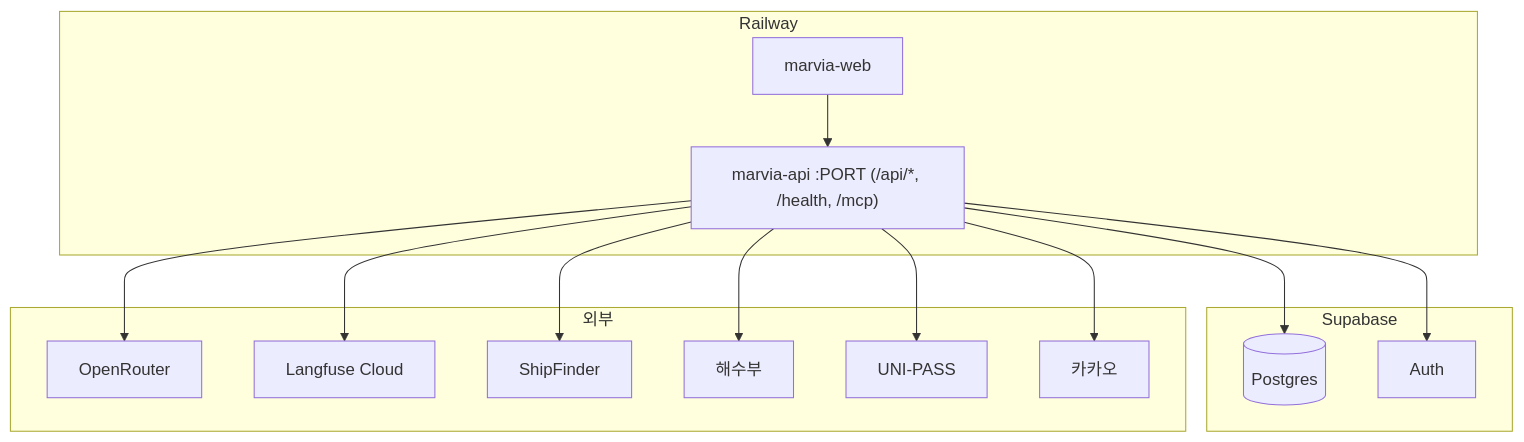
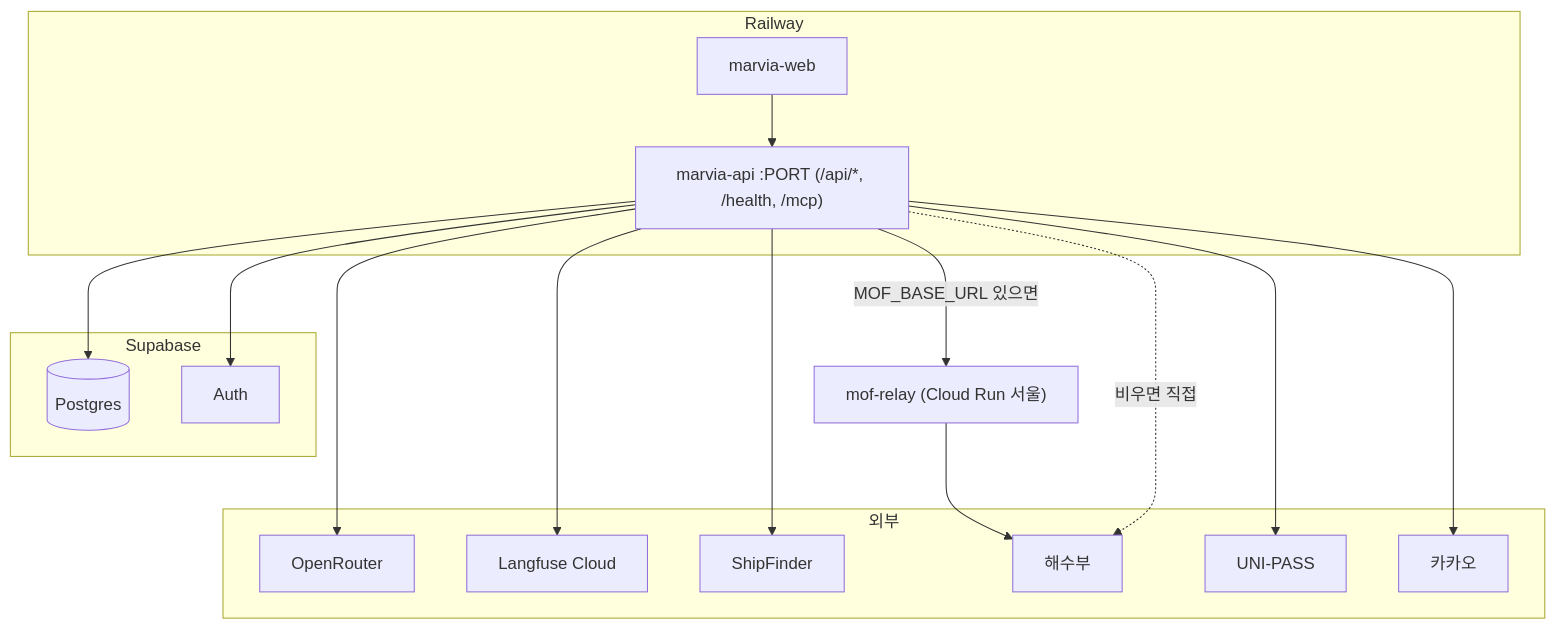
The second of 3 diagrams in docs/Marvia_SDD.md (HJU5022/Marvia), drawn with Mermaid before and after one commit. The commit also changed other lines of this file and 4 other files, not shown here.

````diff
--- a/docs/Marvia_SDD.md
+++ b/docs/Marvia_SDD.md
@@ -201,28 +202,30 @@
 ```mermaid
 flowchart TB
   subgraph rw["Railway"]
     W["marvia-web"]
     A["marvia-api :PORT (/api/*, /health, /mcp)"]
   end
   subgraph sb["Supabase"]
     DB[("Postgres")]
     AU["Auth"]
   end
   subgraph ext["외부"]
     OR["OpenRouter"]
     LF["Langfuse Cloud"]
     SF["ShipFinder"]
     MOF["해수부"]
     UP["UNI-PASS"]
     KK["카카오"]
   end
   W --> A
   A --> UP
   A --> OR
   A --> LF
   A --> SF
-  A --> MOF
+  A -->|"MOF_BASE_URL 있으면"| R["mof-relay (Cloud Run 서울)"]
+  R --> MOF
+  A -.->|"비우면 직접"| MOF
   A --> KK
   A --> DB
   A --> AU
 ```
````
